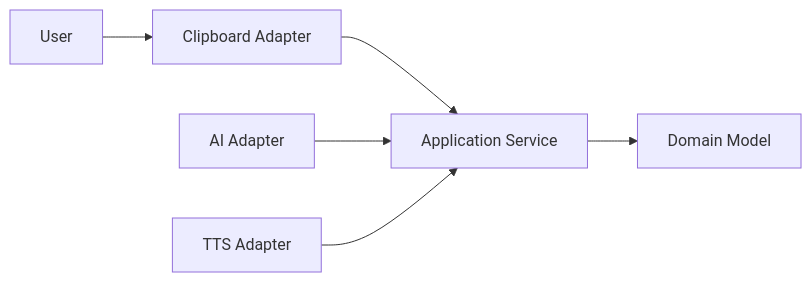
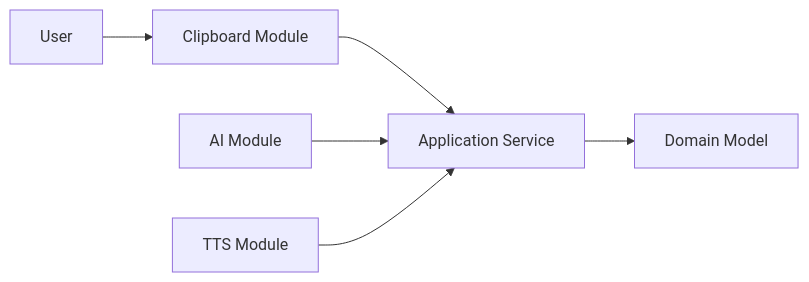
The diagram in README.md (JavierJoC/ExplainMe), drawn with Mermaid before and after one commit. The commit also changed other lines of this file, not shown here.

````diff
--- a/README.md
+++ b/README.md
@@ -84,19 +5,19 @@
 ```mermaid
 flowchart LR
     User[User]
     
-    Clipboard[Clipboard Adapter]
-    AI[AI Adapter]
-    TTS[TTS Adapter]
+    Clipboard[Clipboard Module]
+    AI[AI Module]
+    TTS[TTS Module]
     
     App[Application Service]
     Domain[Domain Model]
     
     User --> Clipboard
     Clipboard --> App
     AI --> App
     TTS --> App
     App --> Domain
 
 
 ```
````
